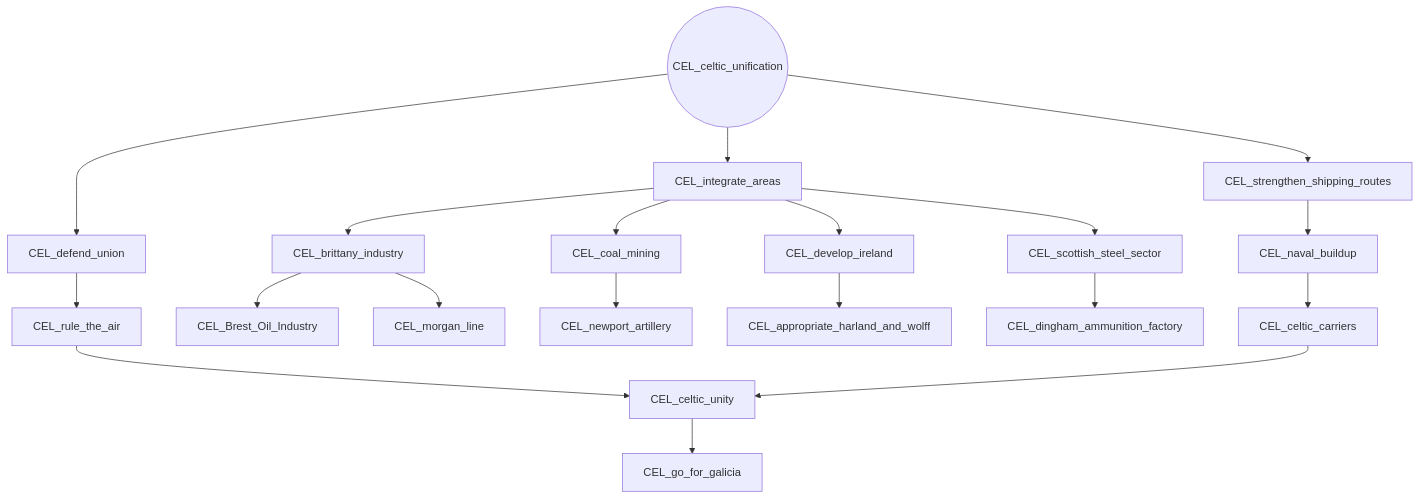
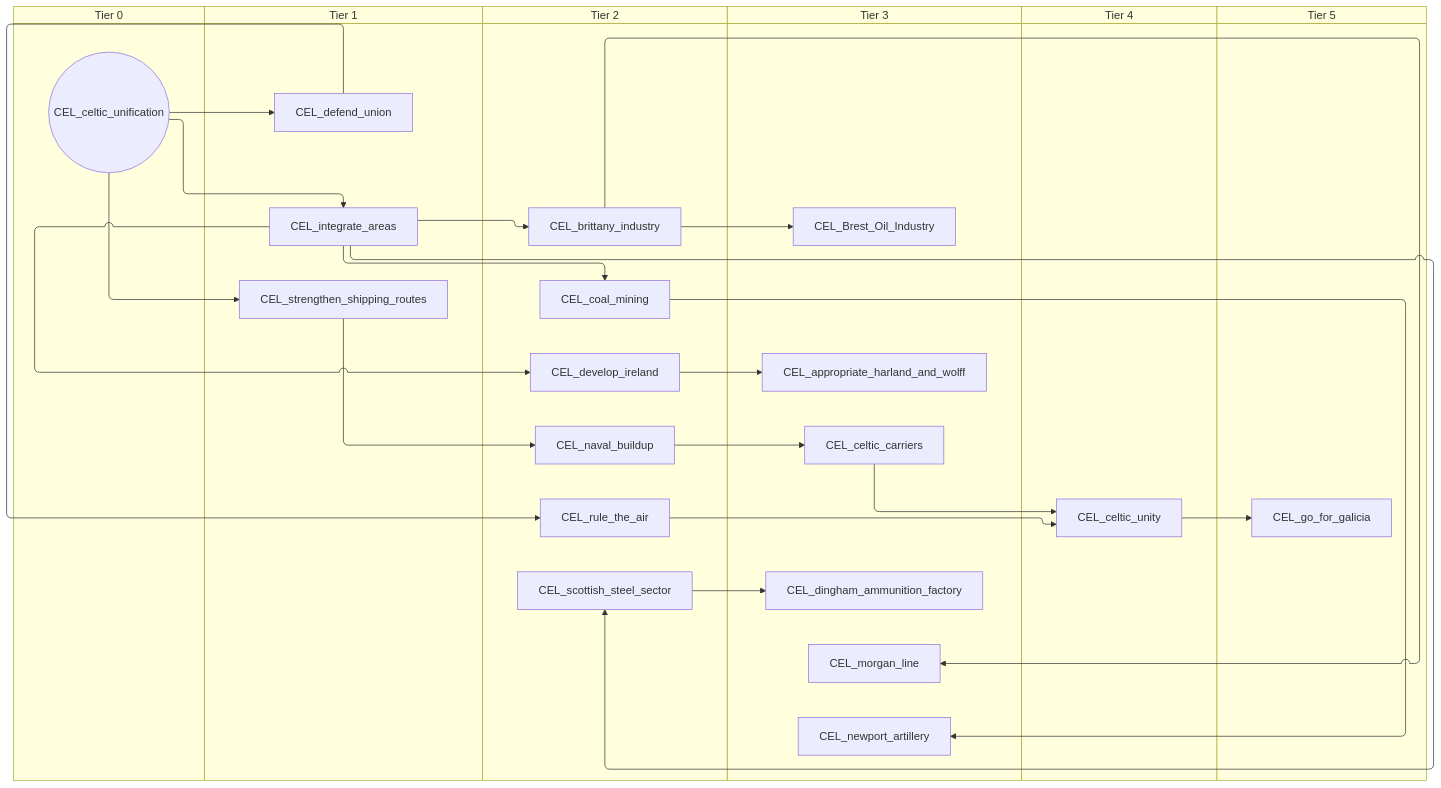
One commit to evgeny-sobol/hoi4-sandbox-mode-r56 changed the second of 5 diagrams in docs/gdd/National Focuses/r56/r56_celtic_shared.md. Above: the diagram before and after it, drawn with Mermaid. The commit also changed other lines of this file and 423 other files, not shown here.

First line of the commit message:
Re-export Rt56 focus trees as swimlane diagrams

````diff
--- a/docs/gdd/National Focuses/r56/r56_celtic_shared.md
+++ b/docs/gdd/National Focuses/r56/r56_celtic_shared.md
@@ -32,39 +42,51 @@
 ```mermaid
-flowchart TD
-    n10["CEL_Brest_Oil_Industry"]
-    n11["CEL_appropriate_harland_and_wolff"]
-    n12["CEL_brittany_industry"]
-    n13["CEL_celtic_carriers"]
-    n14(("CEL_celtic_unification"))
-    n15["CEL_celtic_unity"]
-    n16["CEL_coal_mining"]
-    n17["CEL_defend_union"]
-    n18["CEL_develop_ireland"]
-    n19["CEL_dingham_ammunition_factory"]
-    n20["CEL_go_for_galicia"]
-    n21["CEL_integrate_areas"]
-    n22["CEL_morgan_line"]
-    n23["CEL_naval_buildup"]
-    n24["CEL_newport_artillery"]
-    n25["CEL_rule_the_air"]
-    n26["CEL_scottish_steel_sector"]
-    n27["CEL_strengthen_shipping_routes"]
-    n12 --> n10
-    n18 --> n11
-    n21 --> n12
-    n23 --> n13
-    n25 --> n15
-    n13 --> n15
-    n21 --> n16
-    n14 --> n17
-    n21 --> n18
-    n26 --> n19
-    n15 --> n20
-    n14 --> n21
-    n12 --> n22
-    n27 --> n23
-    n16 --> n24
-    n17 --> n25
-    n21 --> n26
-    n14 --> n27
+swimlane-beta TD
+    subgraph tier_0["Tier 0"]
+        n10(("CEL_celtic_unification"))
+    end
+    subgraph tier_1["Tier 1"]
+        n11["CEL_defend_union"]
+        n12["CEL_integrate_areas"]
+        n13["CEL_strengthen_shipping_routes"]
+    end
+    subgraph tier_2["Tier 2"]
+        n14["CEL_brittany_industry"]
+        n15["CEL_coal_mining"]
+        n16["CEL_develop_ireland"]
+        n17["CEL_naval_buildup"]
+        n18["CEL_rule_the_air"]
+        n19["CEL_scottish_steel_sector"]
+    end
+    subgraph tier_3["Tier 3"]
+        n20["CEL_Brest_Oil_Industry"]
+        n21["CEL_appropriate_harland_and_wolff"]
+        n22["CEL_celtic_carriers"]
+        n23["CEL_dingham_ammunition_factory"]
+        n24["CEL_morgan_line"]
+        n25["CEL_newport_artillery"]
+    end
+    subgraph tier_4["Tier 4"]
+        n26["CEL_celtic_unity"]
+    end
+    subgraph tier_5["Tier 5"]
+        n27["CEL_go_for_galicia"]
+    end
+    n14 --> n20
+    n16 --> n21
+    n12 --> n14
+    n17 --> n22
+    n18 --> n26
+    n22 --> n26
+    n12 --> n15
+    n10 --> n11
+    n12 --> n16
+    n19 --> n23
+    n26 --> n27
+    n10 --> n12
+    n14 --> n24
+    n13 --> n17
+    n15 --> n25
+    n11 --> n18
+    n12 --> n19
+    n10 --> n13
 ```
````
